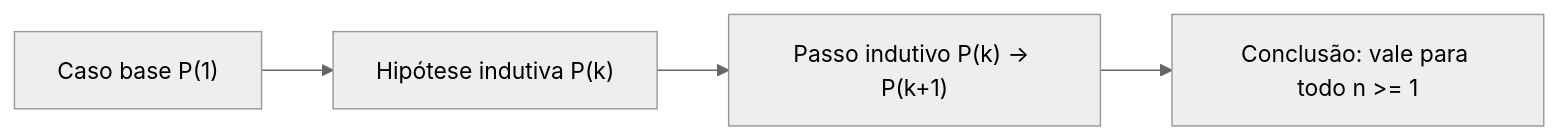
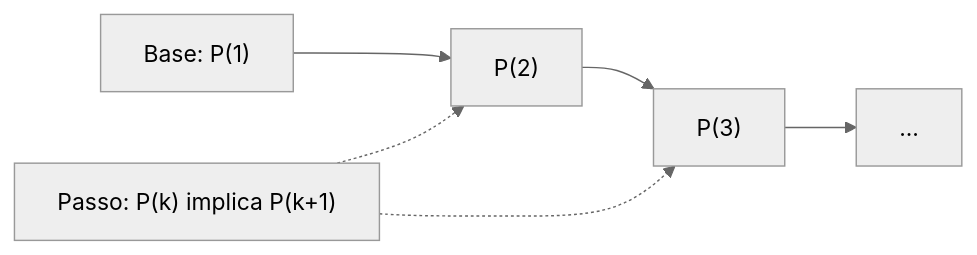
One commit to Lip3Bazinga/v0-level-usp-project changed the diagram in content/cursos/n3-estruturas-de-dados-e-algoritmos/01-matematica-discreta-essencial/01-logica-e-provas.lvl.md. Above: the diagram before and after it, drawn with Mermaid (neutral theme). The commit also changed other lines of this file and 20 other files, not shown here.

````diff
--- a/content/cursos/n3-estruturas-de-dados-e-algoritmos/01-matematica-discreta-essencial/01-logica-e-provas.lvl.md
+++ b/content/cursos/n3-estruturas-de-dados-e-algoritmos/01-matematica-discreta-essencial/01-logica-e-provas.lvl.md
@@ -36,6 +384,8 @@
 ```mermaid
 flowchart LR
-    B["Caso base P(1)"] --> H["Hipótese indutiva P(k)"]
-    H --> P["Passo indutivo P(k) -> P(k+1)"]
-    P --> C["Conclusão: vale para todo n >= 1"]
+    B["Base: P(1)"] --> P2["P(2)"]
+    P2 --> P3["P(3)"]
+    P3 --> PK["..."]
+    H["Passo: P(k) implica P(k+1)"] -.-> P2
+    H -.-> P3
 ```
````
